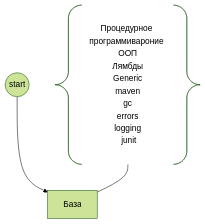
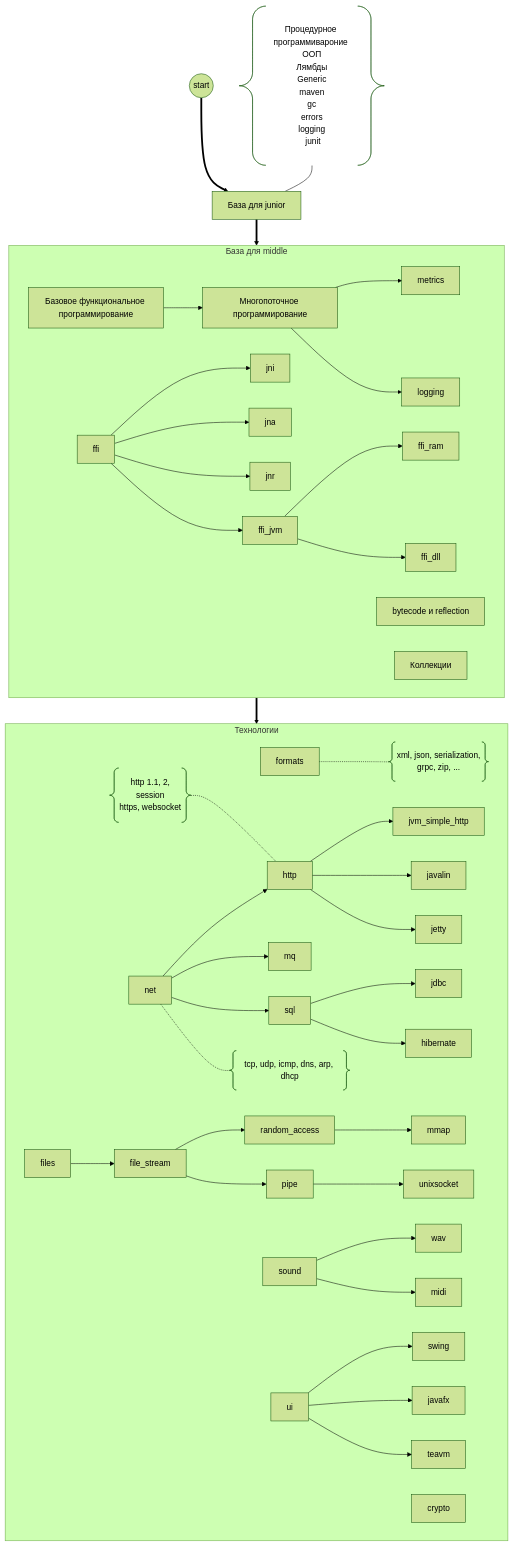
Before and after one commit to gochaorg/blog: the diagram in itdocs/learn-java/readme.md, drawn with Mermaid (forest theme).

````diff
--- a/itdocs/learn-java/readme.md
+++ b/itdocs/learn-java/readme.md
@@ -4,11 +4,77 @@
 ```mermaid
 flowchart TB
 
-start((start)) --> basic
+start((start)) ==> basic
 
-basic[База]
+basic[База для junior]
 
 b_c1@{ shape: braces, label: "Процедурное программивароние <br> ООП <br> Лямбды <br> Generic <br> maven <br> gc <br> errors <br> logging <br> junit" } --- basic
 
+
+subgraph base2[База для middle]
+  fp[Базовое функциональное программирование]
+  bytecode[bytecode и reflection]
+  coll[Коллекции]
+  async[Многопоточное программирование]
+  metrics
+  logging
+  async --> metrics
+  async --> logging
+  fp --> async  
+  ffi --> jni
+  ffi --> jna
+  ffi --> jnr
+  ffi --> ffi_jvm --> ffi_ram
+  ffi_jvm --> ffi_dll
+end
+
+formats_c1[xml, json, serialization, <br> grpc, zip, ...]@{ shape: braces }
+
+subgraph tech[Технологии]
+  files
+  ui
+  formats -.- formats_c1
+  sql
+  mq
+  net
+  http
+
+  http --> jvm_simple_http
+  http --> javalin
+  http --> jetty
+
+  net --> http
+  net --> mq
+  net --> sql
+
+  sql --> jdbc
+  sql --> hibernate
+
+  net_c[tcp, udp, icmp, dns, arp, dhcp]@{ shape: braces }
+  net -.- net_c
+
+  crypto
+
+  files --> file_stream
+  file_stream --> random_access
+  random_access --> mmap
+  file_stream --> pipe
+  pipe --> unixsocket
+
+  sound --> wav
+  sound --> midi
+
+  ui --> swing
+  ui --> javafx
+  ui --> teavm
+
+  http_c -.- http
+  http_c[http 1.1, 2, <br> session <br> https, websocket]@{ shape: braces }
+end
+
+basic ==> base2
+
+base2 ==> tech
+
 click basic "https://github.com/gochaorg/blog/blob/master/itdocs/learn-java/map-begin.md"
 ```
````
